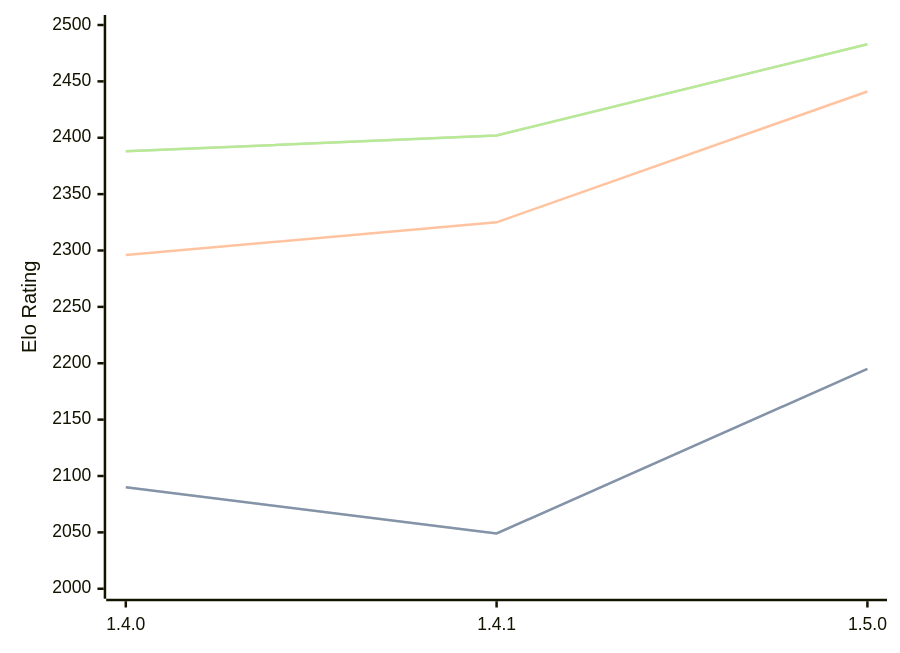
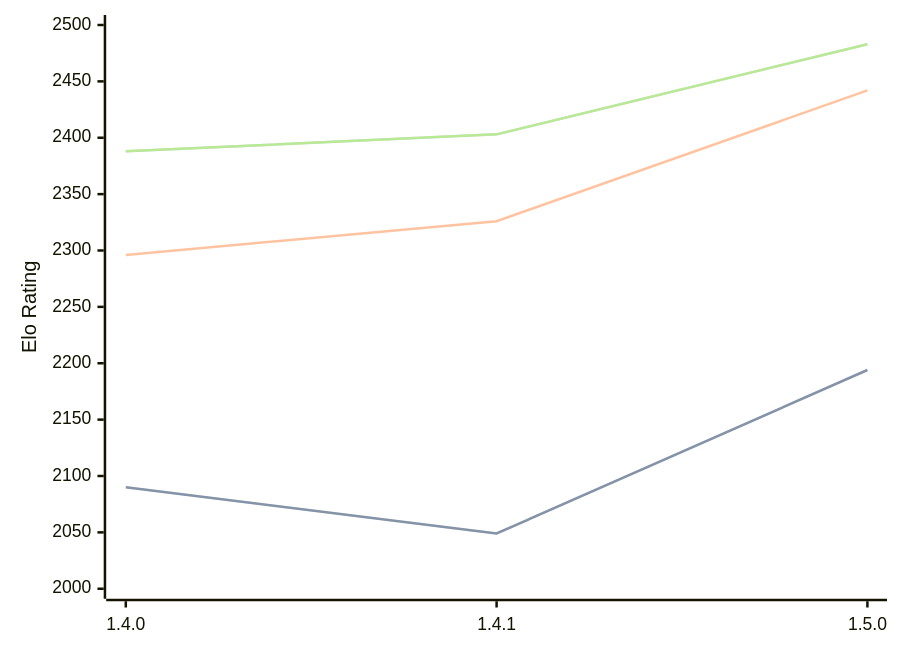
One commit to computer-chess-index/cci changed the diagram in engines/Tofiks.md. Above: the diagram before and after it, drawn with Mermaid. The commit also changed other lines of this file, not shown here.

Commit message:
Update CCI Ratings (ELO VLTC) - 2026-10-08

````diff
--- a/engines/Tofiks.md
+++ b/engines/Tofiks.md
@@ -33,11 +33,11 @@
 ```mermaid
 %%{init: {"theme":"base","themeVariables":{"seriesColors:['#a3a3a3','#222221','#faa371']}}}%%
 xychart-beta
   x-axis ["1.4.0", "1.4.1", "1.5.0"]
   y-axis "Elo Rating" 2000 --> 2500
-  line "" [2090, 2049, 2195]
-  line "STC (8.0+0.08s)" [2090, 2049, 2195]
-  line "LTC (60.0+0.60s)" [2296, 2325, 2441]
-  line "" [2388, 2402, 2483]
-  line "VLTC (2m24s+1.12s)" [2388, 2402, 2483]
+  line "" [2090, 2049, 2194]
+  line "STC (8.0+0.08s)" [2090, 2049, 2194]
+  line "LTC (60.0+0.60s)" [2296, 2326, 2442]
+  line "" [2388, 2403, 2483]
+  line "VLTC (2m24s+1.12s)" [2388, 2403, 2483]
 ```
````
